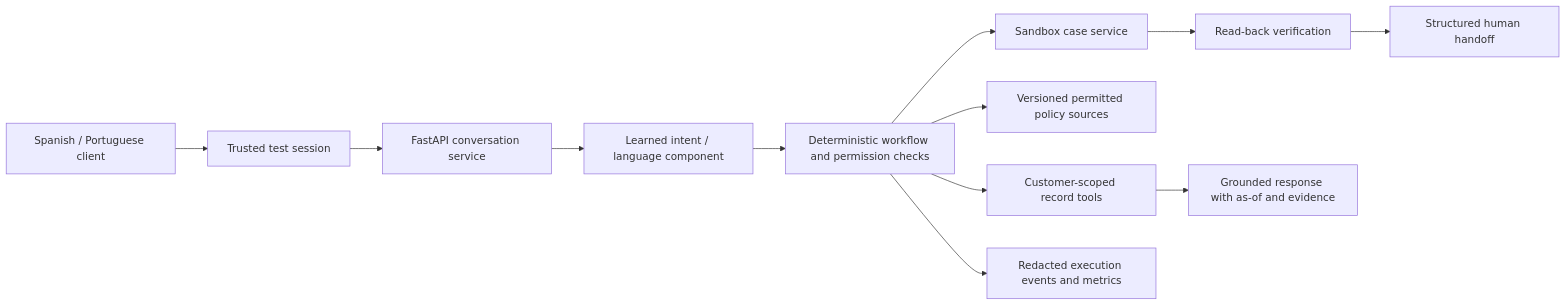
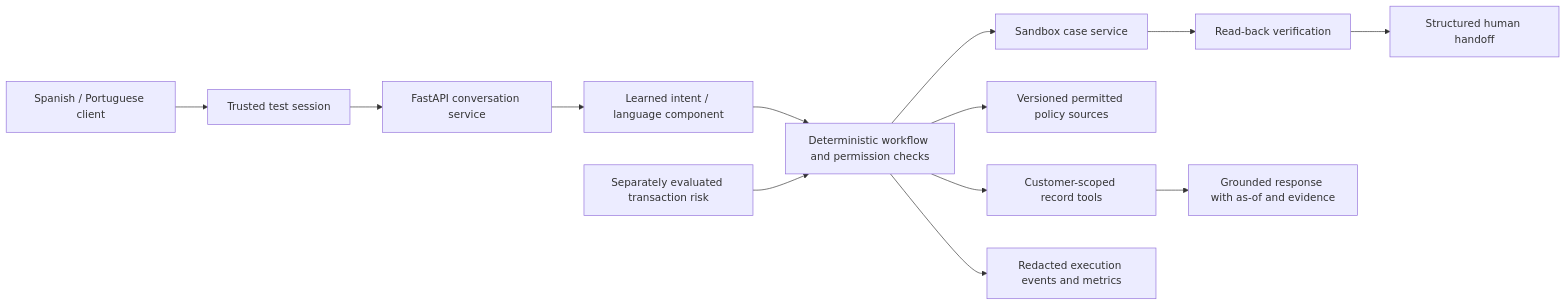
The diagram in docs/PLAN.md (nicoceron/factored-hackathon-2026-nicoceron), drawn with Mermaid before and after one commit. The commit also changed other lines of this file and 4 other files, not shown here.

Commit message:
docs: preserve audited banking workflow and model architecture

````diff
--- a/docs/PLAN.md
+++ b/docs/PLAN.md
@@ -19,14 +21,15 @@
 ```mermaid
 flowchart LR
     UI[Spanish / Portuguese client] --> Session[Trusted test session]
     Session --> API[FastAPI conversation service]
     API --> NLU[Learned intent / language component]
     NLU --> Flow[Deterministic workflow and permission checks]
+    Risk[Separately evaluated transaction risk] --> Flow
     Flow --> Records[Customer-scoped record tools]
     Flow --> Policies[Versioned permitted policy sources]
     Flow --> Case[Sandbox case service]
     Case --> Verify[Read-back verification]
     Verify --> Handoff[Structured human handoff]
     Records --> Answer[Grounded response with as-of and evidence]
     Flow --> Audit[Redacted execution events and metrics]
 ```
````
